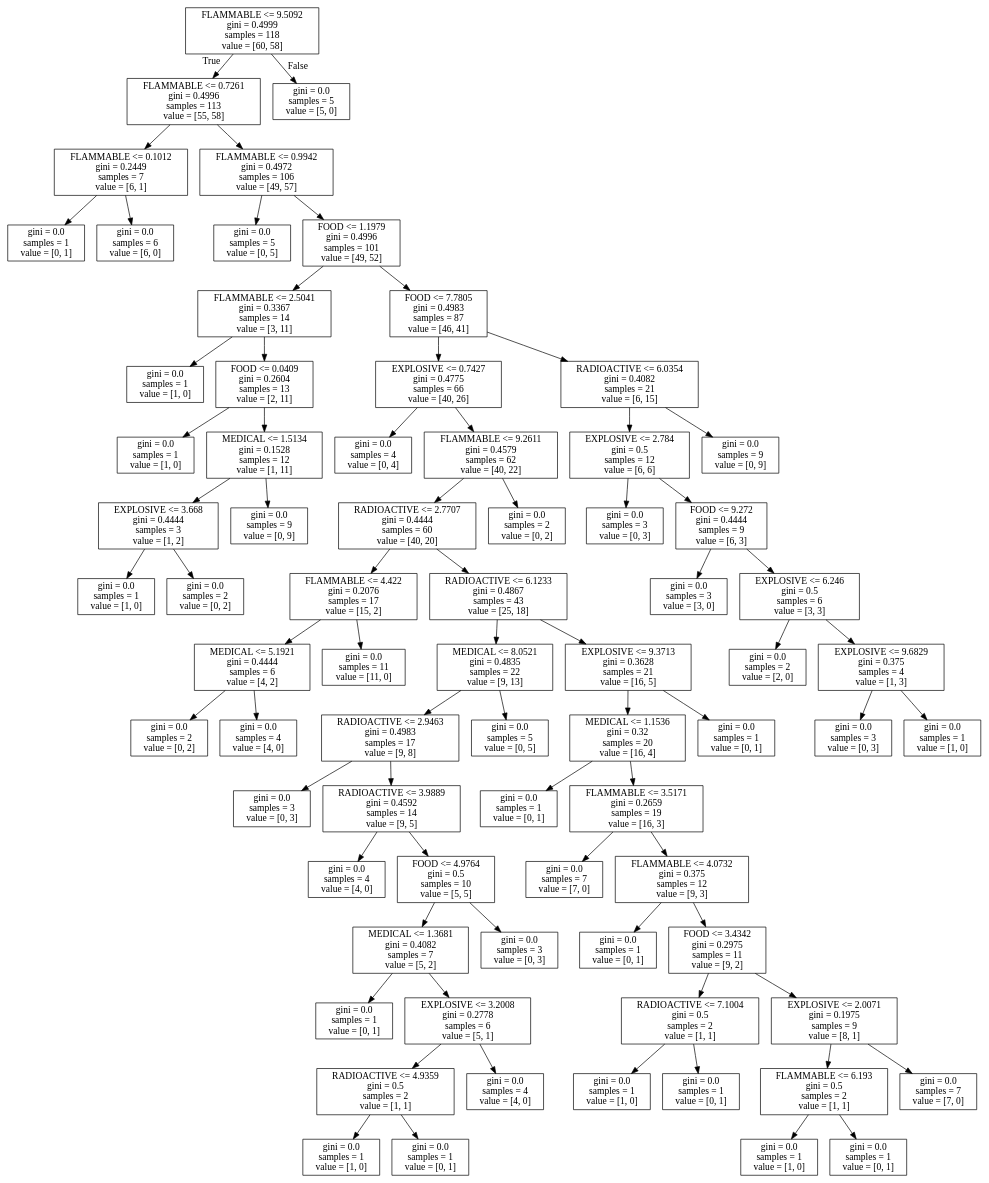
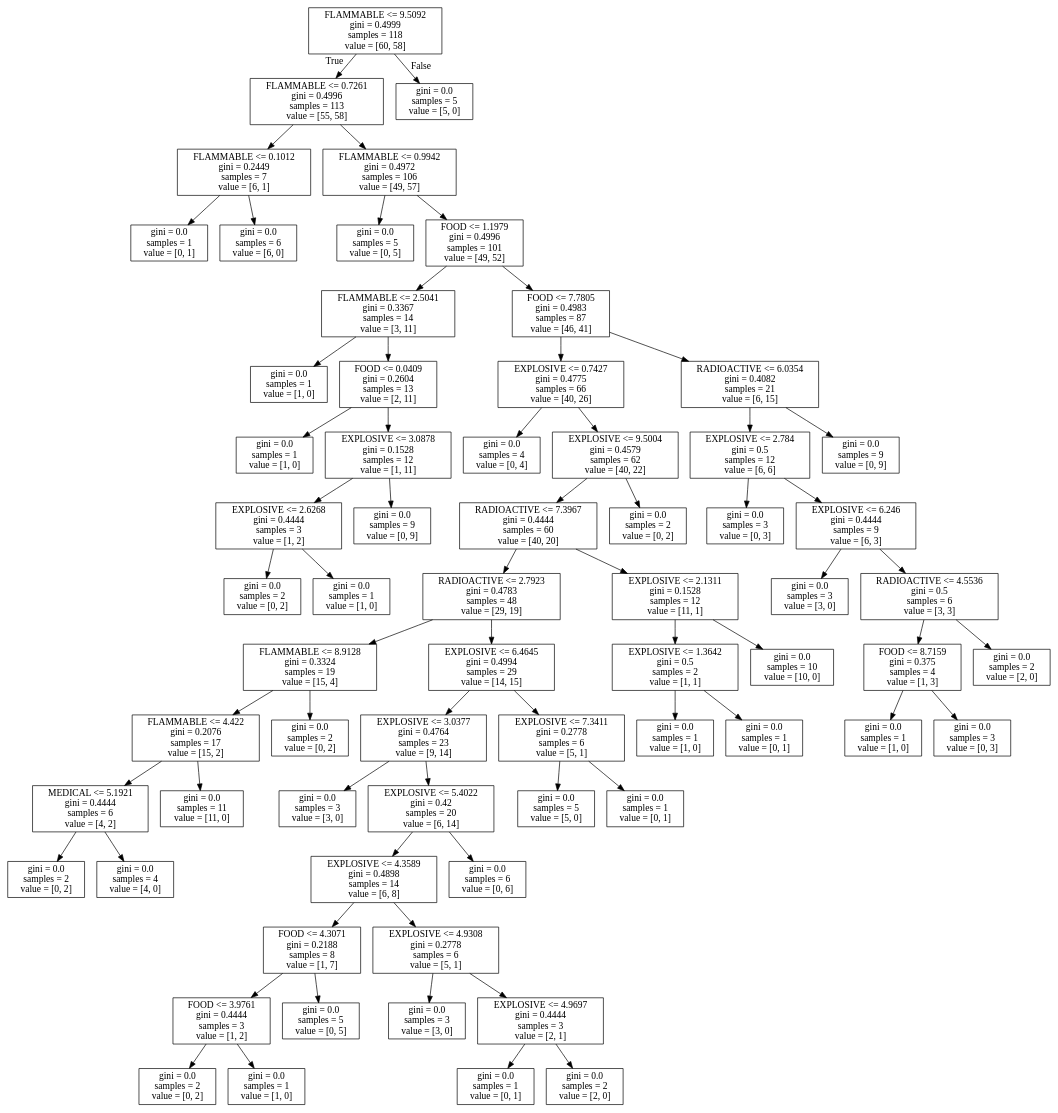
The diagram in decision_tree/dt.dot (DariuszMak/AI_2017), drawn with Graphviz before and after one commit. The commit also changed 3 other files, not shown here.

```diff
--- a/decision_tree/dt.dot
+++ b/decision_tree/dt.dot
@@ -1,148 +1,136 @@
 digraph Tree {
 node [shape=box] ;
 0 [label="FLAMMABLE <= 9.5092\ngini = 0.4999\nsamples = 118\nvalue = [60, 58]"] ;
 1 [label="FLAMMABLE <= 0.7261\ngini = 0.4996\nsamples = 113\nvalue = [55, 58]"] ;
 0 -> 1 [labeldistance=2.5, labelangle=45, headlabel="True"] ;
 2 [label="FLAMMABLE <= 0.1012\ngini = 0.2449\nsamples = 7\nvalue = [6, 1]"] ;
 1 -> 2 ;
 3 [label="gini = 0.0\nsamples = 1\nvalue = [0, 1]"] ;
 2 -> 3 ;
 4 [label="gini = 0.0\nsamples = 6\nvalue = [6, 0]"] ;
 2 -> 4 ;
 5 [label="FLAMMABLE <= 0.9942\ngini = 0.4972\nsamples = 106\nvalue = [49, 57]"] ;
 1 -> 5 ;
 6 [label="gini = 0.0\nsamples = 5\nvalue = [0, 5]"] ;
 5 -> 6 ;
 7 [label="FOOD <= 1.1979\ngini = 0.4996\nsamples = 101\nvalue = [49, 52]"] ;
 5 -> 7 ;
 8 [label="FLAMMABLE <= 2.5041\ngini = 0.3367\nsamples = 14\nvalue = [3, 11]"] ;
 7 -> 8 ;
 9 [label="gini = 0.0\nsamples = 1\nvalue = [1, 0]"] ;
 8 -> 9 ;
 10 [label="FOOD <= 0.0409\ngini = 0.2604\nsamples = 13\nvalue = [2, 11]"] ;
 8 -> 10 ;
 11 [label="gini = 0.0\nsamples = 1\nvalue = [1, 0]"] ;
 10 -> 11 ;
-12 [label="MEDICAL <= 1.5134\ngini = 0.1528\nsamples = 12\nvalue = [1, 11]"] ;
+12 [label="EXPLOSIVE <= 3.0878\ngini = 0.1528\nsamples = 12\nvalue = [1, 11]"] ;
 10 -> 12 ;
-13 [label="EXPLOSIVE <= 3.668\ngini = 0.4444\nsamples = 3\nvalue = [1, 2]"] ;
+13 [label="EXPLOSIVE <= 2.6268\ngini = 0.4444\nsamples = 3\nvalue = [1, 2]"] ;
 12 -> 13 ;
-14 [label="gini = 0.0\nsamples = 1\nvalue = [1, 0]"] ;
+14 [label="gini = 0.0\nsamples = 2\nvalue = [0, 2]"] ;
 13 -> 14 ;
-15 [label="gini = 0.0\nsamples = 2\nvalue = [0, 2]"] ;
+15 [label="gini = 0.0\nsamples = 1\nvalue = [1, 0]"] ;
 13 -> 15 ;
 16 [label="gini = 0.0\nsamples = 9\nvalue = [0, 9]"] ;
 12 -> 16 ;
 17 [label="FOOD <= 7.7805\ngini = 0.4983\nsamples = 87\nvalue = [46, 41]"] ;
 7 -> 17 ;
 18 [label="EXPLOSIVE <= 0.7427\ngini = 0.4775\nsamples = 66\nvalue = [40, 26]"] ;
 17 -> 18 ;
 19 [label="gini = 0.0\nsamples = 4\nvalue = [0, 4]"] ;
 18 -> 19 ;
-20 [label="FLAMMABLE <= 9.2611\ngini = 0.4579\nsamples = 62\nvalue = [40, 22]"] ;
+20 [label="EXPLOSIVE <= 9.5004\ngini = 0.4579\nsamples = 62\nvalue = [40, 22]"] ;
 18 -> 20 ;
-21 [label="RADIOACTIVE <= 2.7707\ngini = 0.4444\nsamples = 60\nvalue = [40, 20]"] ;
+21 [label="RADIOACTIVE <= 7.3967\ngini = 0.4444\nsamples = 60\nvalue = [40, 20]"] ;
 20 -> 21 ;
-22 [label="FLAMMABLE <= 4.422\ngini = 0.2076\nsamples = 17\nvalue = [15, 2]"] ;
+22 [label="RADIOACTIVE <= 2.7923\ngini = 0.4783\nsamples = 48\nvalue = [29, 19]"] ;
 21 -> 22 ;
-23 [label="MEDICAL <= 5.1921\ngini = 0.4444\nsamples = 6\nvalue = [4, 2]"] ;
+23 [label="FLAMMABLE <= 8.9128\ngini = 0.3324\nsamples = 19\nvalue = [15, 4]"] ;
 22 -> 23 ;
-24 [label="gini = 0.0\nsamples = 2\nvalue = [0, 2]"] ;
+24 [label="FLAMMABLE <= 4.422\ngini = 0.2076\nsamples = 17\nvalue = [15, 2]"] ;
 23 -> 24 ;
-25 [label="gini = 0.0\nsamples = 4\nvalue = [4, 0]"] ;
-23 -> 25 ;
-26 [label="gini = 0.0\nsamples = 11\nvalue = [11, 0]"] ;
-22 -> 26 ;
-27 [label="RADIOACTIVE <= 6.1233\ngini = 0.4867\nsamples = 43\nvalue = [25, 18]"] ;
-21 -> 27 ;
-28 [label="MEDICAL <= 8.0521\ngini = 0.4835\nsamples = 22\nvalue = [9, 13]"] ;
-27 -> 28 ;
-29 [label="RADIOACTIVE <= 2.9463\ngini = 0.4983\nsamples = 17\nvalue = [9, 8]"] ;
-28 -> 29 ;
-30 [label="gini = 0.0\nsamples = 3\nvalue = [0, 3]"] ;
-29 -> 30 ;
-31 [label="RADIOACTIVE <= 3.9889\ngini = 0.4592\nsamples = 14\nvalue = [9, 5]"] ;
-29 -> 31 ;
-32 [label="gini = 0.0\nsamples = 4\nvalue = [4, 0]"] ;
+25 [label="MEDICAL <= 5.1921\ngini = 0.4444\nsamples = 6\nvalue = [4, 2]"] ;
+24 -> 25 ;
+26 [label="gini = 0.0\nsamples = 2\nvalue = [0, 2]"] ;
+25 -> 26 ;
+27 [label="gini = 0.0\nsamples = 4\nvalue = [4, 0]"] ;
+25 -> 27 ;
+28 [label="gini = 0.0\nsamples = 11\nvalue = [11, 0]"] ;
+24 -> 28 ;
+29 [label="gini = 0.0\nsamples = 2\nvalue = [0, 2]"] ;
+23 -> 29 ;
+30 [label="EXPLOSIVE <= 6.4645\ngini = 0.4994\nsamples = 29\nvalue = [14, 15]"] ;
+22 -> 30 ;
+31 [label="EXPLOSIVE <= 3.0377\ngini = 0.4764\nsamples = 23\nvalue = [9, 14]"] ;
+30 -> 31 ;
+32 [label="gini = 0.0\nsamples = 3\nvalue = [3, 0]"] ;
 31 -> 32 ;
-33 [label="FOOD <= 4.9764\ngini = 0.5\nsamples = 10\nvalue = [5, 5]"] ;
+33 [label="EXPLOSIVE <= 5.4022\ngini = 0.42\nsamples = 20\nvalue = [6, 14]"] ;
 31 -> 33 ;
-34 [label="MEDICAL <= 1.3681\ngini = 0.4082\nsamples = 7\nvalue = [5, 2]"] ;
+34 [label="EXPLOSIVE <= 4.3589\ngini = 0.4898\nsamples = 14\nvalue = [6, 8]"] ;
 33 -> 34 ;
-35 [label="gini = 0.0\nsamples = 1\nvalue = [0, 1]"] ;
+35 [label="FOOD <= 4.3071\ngini = 0.2188\nsamples = 8\nvalue = [1, 7]"] ;
 34 -> 35 ;
-36 [label="EXPLOSIVE <= 3.2008\ngini = 0.2778\nsamples = 6\nvalue = [5, 1]"] ;
-34 -> 36 ;
-37 [label="RADIOACTIVE <= 4.9359\ngini = 0.5\nsamples = 2\nvalue = [1, 1]"] ;
+36 [label="FOOD <= 3.9761\ngini = 0.4444\nsamples = 3\nvalue = [1, 2]"] ;
+35 -> 36 ;
+37 [label="gini = 0.0\nsamples = 2\nvalue = [0, 2]"] ;
 36 -> 37 ;
 38 [label="gini = 0.0\nsamples = 1\nvalue = [1, 0]"] ;
-37 -> 38 ;
-39 [label="gini = 0.0\nsamples = 1\nvalue = [0, 1]"] ;
-37 -> 39 ;
-40 [label="gini = 0.0\nsamples = 4\nvalue = [4, 0]"] ;
-36 -> 40 ;
-41 [label="gini = 0.0\nsamples = 3\nvalue = [0, 3]"] ;
-33 -> 41 ;
-42 [label="gini = 0.0\nsamples = 5\nvalue = [0, 5]"] ;
-28 -> 42 ;
-43 [label="EXPLOSIVE <= 9.3713\ngini = 0.3628\nsamples = 21\nvalue = [16, 5]"] ;
-27 -> 43 ;
-44 [label="MEDICAL <= 1.1536\ngini = 0.32\nsamples = 20\nvalue = [16, 4]"] ;
-43 -> 44 ;
-45 [label="gini = 0.0\nsamples = 1\nvalue = [0, 1]"] ;
-44 -> 45 ;
-46 [label="FLAMMABLE <= 3.5171\ngini = 0.2659\nsamples = 19\nvalue = [16, 3]"] ;
-44 -> 46 ;
-47 [label="gini = 0.0\nsamples = 7\nvalue = [7, 0]"] ;
+36 -> 38 ;
+39 [label="gini = 0.0\nsamples = 5\nvalue = [0, 5]"] ;
+35 -> 39 ;
+40 [label="EXPLOSIVE <= 4.9308\ngini = 0.2778\nsamples = 6\nvalue = [5, 1]"] ;
+34 -> 40 ;
+41 [label="gini = 0.0\nsamples = 3\nvalue = [3, 0]"] ;
+40 -> 41 ;
+42 [label="EXPLOSIVE <= 4.9697\ngini = 0.4444\nsamples = 3\nvalue = [2, 1]"] ;
+40 -> 42 ;
+43 [label="gini = 0.0\nsamples = 1\nvalue = [0, 1]"] ;
+42 -> 43 ;
+44 [label="gini = 0.0\nsamples = 2\nvalue = [2, 0]"] ;
+42 -> 44 ;
+45 [label="gini = 0.0\nsamples = 6\nvalue = [0, 6]"] ;
+33 -> 45 ;
+46 [label="EXPLOSIVE <= 7.3411\ngini = 0.2778\nsamples = 6\nvalue = [5, 1]"] ;
+30 -> 46 ;
+47 [label="gini = 0.0\nsamples = 5\nvalue = [5, 0]"] ;
 46 -> 47 ;
-48 [label="FLAMMABLE <= 4.0732\ngini = 0.375\nsamples = 12\nvalue = [9, 3]"] ;
+48 [label="gini = 0.0\nsamples = 1\nvalue = [0, 1]"] ;
 46 -> 48 ;
-49 [label="gini = 0.0\nsamples = 1\nvalue = [0, 1]"] ;
-48 -> 49 ;
-50 [label="FOOD <= 3.4342\ngini = 0.2975\nsamples = 11\nvalue = [9, 2]"] ;
-48 -> 50 ;
-51 [label="RADIOACTIVE <= 7.1004\ngini = 0.5\nsamples = 2\nvalue = [1, 1]"] ;
+49 [label="EXPLOSIVE <= 2.1311\ngini = 0.1528\nsamples = 12\nvalue = [11, 1]"] ;
+21 -> 49 ;
+50 [label="EXPLOSIVE <= 1.3642\ngini = 0.5\nsamples = 2\nvalue = [1, 1]"] ;
+49 -> 50 ;
+51 [label="gini = 0.0\nsamples = 1\nvalue = [1, 0]"] ;
 50 -> 51 ;
-52 [label="gini = 0.0\nsamples = 1\nvalue = [1, 0]"] ;
-51 -> 52 ;
-53 [label="gini = 0.0\nsamples = 1\nvalue = [0, 1]"] ;
-51 -> 53 ;
-54 [label="EXPLOSIVE <= 2.0071\ngini = 0.1975\nsamples = 9\nvalue = [8, 1]"] ;
-50 -> 54 ;
-55 [label="FLAMMABLE <= 6.193\ngini = 0.5\nsamples = 2\nvalue = [1, 1]"] ;
-54 -> 55 ;
-56 [label="gini = 0.0\nsamples = 1\nvalue = [1, 0]"] ;
+52 [label="gini = 0.0\nsamples = 1\nvalue = [0, 1]"] ;
+50 -> 52 ;
+53 [label="gini = 0.0\nsamples = 10\nvalue = [10, 0]"] ;
+49 -> 53 ;
+54 [label="gini = 0.0\nsamples = 2\nvalue = [0, 2]"] ;
+20 -> 54 ;
+55 [label="RADIOACTIVE <= 6.0354\ngini = 0.4082\nsamples = 21\nvalue = [6, 15]"] ;
+17 -> 55 ;
+56 [label="EXPLOSIVE <= 2.784\ngini = 0.5\nsamples = 12\nvalue = [6, 6]"] ;
 55 -> 56 ;
-57 [label="gini = 0.0\nsamples = 1\nvalue = [0, 1]"] ;
-55 -> 57 ;
-58 [label="gini = 0.0\nsamples = 7\nvalue = [7, 0]"] ;
-54 -> 58 ;
-59 [label="gini = 0.0\nsamples = 1\nvalue = [0, 1]"] ;
-43 -> 59 ;
-60 [label="gini = 0.0\nsamples = 2\nvalue = [0, 2]"] ;
-20 -> 60 ;
-61 [label="RADIOACTIVE <= 6.0354\ngini = 0.4082\nsamples = 21\nvalue = [6, 15]"] ;
-17 -> 61 ;
-62 [label="EXPLOSIVE <= 2.784\ngini = 0.5\nsamples = 12\nvalue = [6, 6]"] ;
+57 [label="gini = 0.0\nsamples = 3\nvalue = [0, 3]"] ;
+56 -> 57 ;
+58 [label="EXPLOSIVE <= 6.246\ngini = 0.4444\nsamples = 9\nvalue = [6, 3]"] ;
+56 -> 58 ;
+59 [label="gini = 0.0\nsamples = 3\nvalue = [3, 0]"] ;
+58 -> 59 ;
+60 [label="RADIOACTIVE <= 4.5536\ngini = 0.5\nsamples = 6\nvalue = [3, 3]"] ;
+58 -> 60 ;
+61 [label="FOOD <= 8.7159\ngini = 0.375\nsamples = 4\nvalue = [1, 3]"] ;
+60 -> 61 ;
+62 [label="gini = 0.0\nsamples = 1\nvalue = [1, 0]"] ;
 61 -> 62 ;
 63 [label="gini = 0.0\nsamples = 3\nvalue = [0, 3]"] ;
-62 -> 63 ;
-64 [label="FOOD <= 9.272\ngini = 0.4444\nsamples = 9\nvalue = [6, 3]"] ;
-62 -> 64 ;
-65 [label="gini = 0.0\nsamples = 3\nvalue = [3, 0]"] ;
-64 -> 65 ;
-66 [label="EXPLOSIVE <= 6.246\ngini = 0.5\nsamples = 6\nvalue = [3, 3]"] ;
-64 -> 66 ;
-67 [label="gini = 0.0\nsamples = 2\nvalue = [2, 0]"] ;
-66 -> 67 ;
-68 [label="EXPLOSIVE <= 9.6829\ngini = 0.375\nsamples = 4\nvalue = [1, 3]"] ;
-66 -> 68 ;
-69 [label="gini = 0.0\nsamples = 3\nvalue = [0, 3]"] ;
-68 -> 69 ;
-70 [label="gini = 0.0\nsamples = 1\nvalue = [1, 0]"] ;
-68 -> 70 ;
-71 [label="gini = 0.0\nsamples = 9\nvalue = [0, 9]"] ;
-61 -> 71 ;
-72 [label="gini = 0.0\nsamples = 5\nvalue = [5, 0]"] ;
-0 -> 72 [labeldistance=2.5, labelangle=-45, headlabel="False"] ;
+61 -> 63 ;
+64 [label="gini = 0.0\nsamples = 2\nvalue = [2, 0]"] ;
+60 -> 64 ;
+65 [label="gini = 0.0\nsamples = 9\nvalue = [0, 9]"] ;
+55 -> 65 ;
+66 [label="gini = 0.0\nsamples = 5\nvalue = [5, 0]"] ;
+0 -> 66 [labeldistance=2.5, labelangle=-45, headlabel="False"] ;
 }
```
